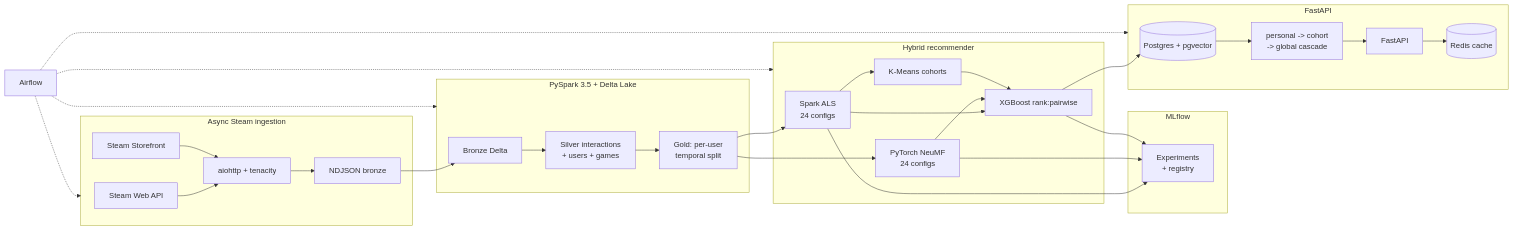
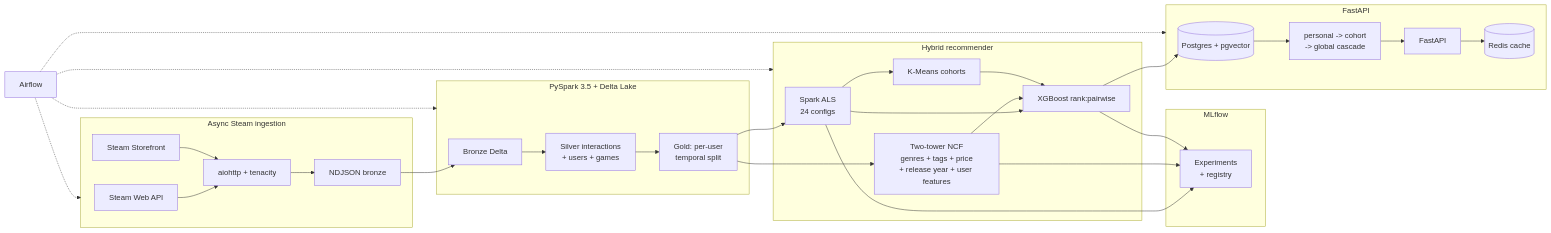
One commit to DevDesai444/Game-Stream-Recommender-System changed the diagram in README.md. Above: the diagram before and after it, drawn with Mermaid. The commit also changed other lines of this file and 8 other files, not shown here.

First line of the commit message:
feat(benchmarks): hybrid + two-tower on UCSD — +142.7% NDCG@10 over ALS

````diff
--- a/README.md
+++ b/README.md
@@ -62,41 +91,41 @@
 ```mermaid
 flowchart LR
     subgraph Ingest["Async Steam ingestion"]
         S1[Steam Web API] --> A1[aiohttp + tenacity]
         S2[Steam Storefront] --> A1
         A1 --> B1[NDJSON bronze]
     end
 
     subgraph Lake["PySpark 3.5 + Delta Lake"]
         B1 --> BR[Bronze Delta]
         BR --> SI[Silver interactions<br/>+ users + games]
         SI --> GO[Gold: per-user<br/>temporal split]
     end
 
     subgraph Models["Hybrid recommender"]
         GO --> ALS[Spark ALS<br/>24 configs]
-        GO --> NCF[PyTorch NeuMF<br/>24 configs]
+        GO --> TT[Two-tower NCF<br/>genres + tags + price<br/>+ release year + user features]
         ALS --> KM[K-Means cohorts]
         ALS --> XGB[XGBoost rank:pairwise]
-        NCF --> XGB
+        TT --> XGB
         KM --> XGB
     end
 
     subgraph Track["MLflow"]
         ALS --> ML[Experiments<br/>+ registry]
-        NCF --> ML
+        TT --> ML
         XGB --> ML
     end
 
     subgraph Serve["FastAPI"]
         XGB --> PG[(Postgres + pgvector)]
         PG --> CASCADE[personal -> cohort<br/>-> global cascade]
         CASCADE --> API[FastAPI]
         API --> RD[(Redis cache)]
     end
 
     Air[Airflow] -.-> Ingest
     Air -.-> Lake
     Air -.-> Models
     Air -.-> Serve
 ```
````
